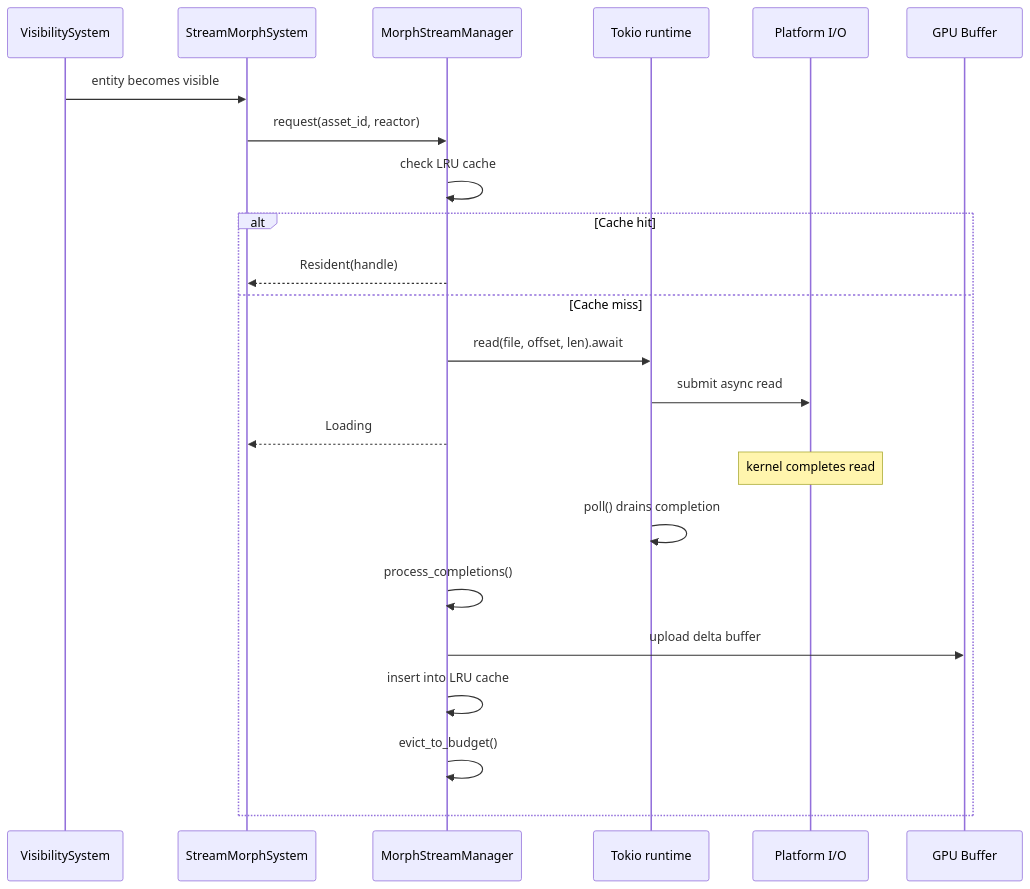
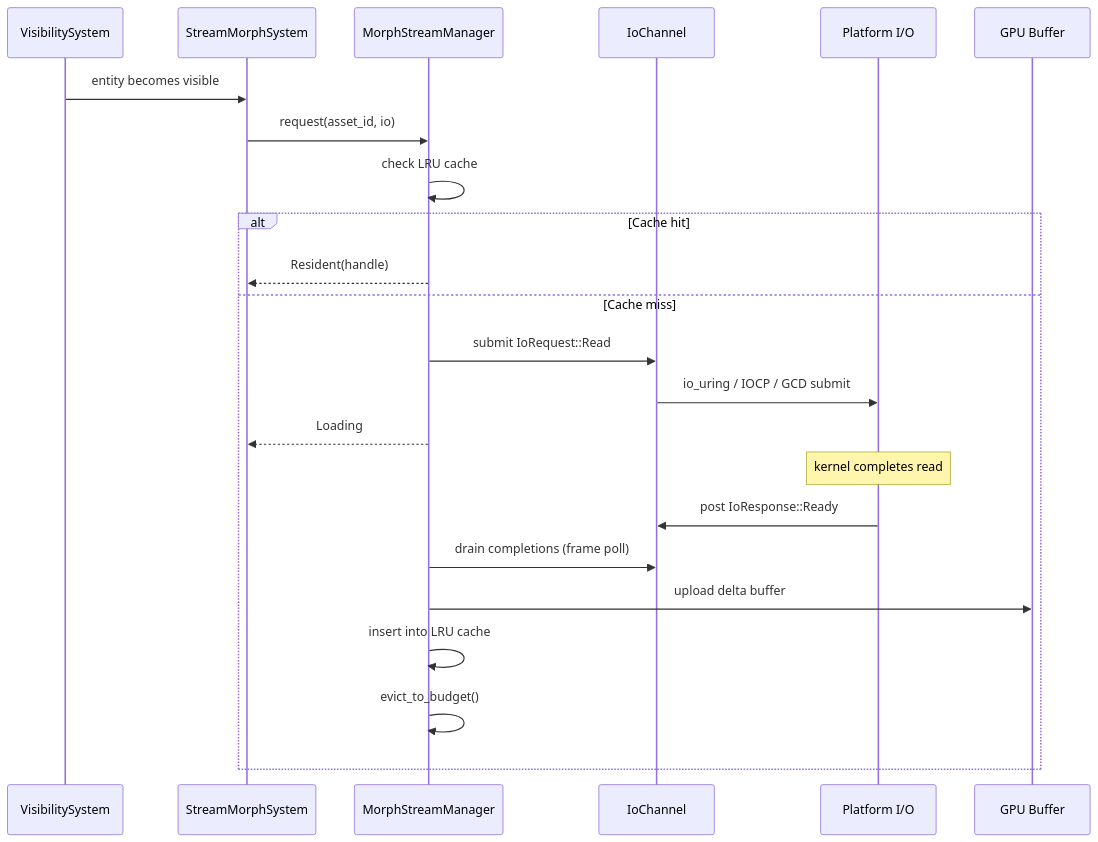
Before and after one commit to harmonius-dev/harmonius: the eighth of 8 diagrams in docs/design/animation/state-machine.md, drawn with Mermaid. The commit also changed other lines of this file and 143 other files, not shown here.

````diff
--- a/docs/design/animation/state-machine.md
+++ b/docs/design/animation/state-machine.md
@@ -1977,27 +2027,27 @@
 ```mermaid
 sequenceDiagram
     participant VS as VisibilitySystem
     participant SS as StreamMorphSystem
     participant SM as MorphStreamManager
-    participant RE as Tokio runtime
+    participant IC as IoChannel
     participant OS as Platform I/O
     participant GPU as GPU Buffer
 
     VS->>SS: entity becomes visible
-    SS->>SM: request(asset_id, reactor)
+    SS->>SM: request(asset_id, io)
     SM->>SM: check LRU cache
 
     alt Cache hit
         SM-->>SS: Resident(handle)
     else Cache miss
-        SM->>RE: read(file, offset, len).await
-        RE->>OS: submit async read
+        SM->>IC: submit IoRequest::Read
+        IC->>OS: io_uring / IOCP / GCD submit
         SM-->>SS: Loading
         Note over OS: kernel completes read
-        RE->>RE: poll() drains completion
-        SM->>SM: process_completions()
+        OS->>IC: post IoResponse::Ready
+        SM->>IC: drain completions (frame poll)
         SM->>GPU: upload delta buffer
         SM->>SM: insert into LRU cache
         SM->>SM: evict_to_budget()
     end
 ```
````
